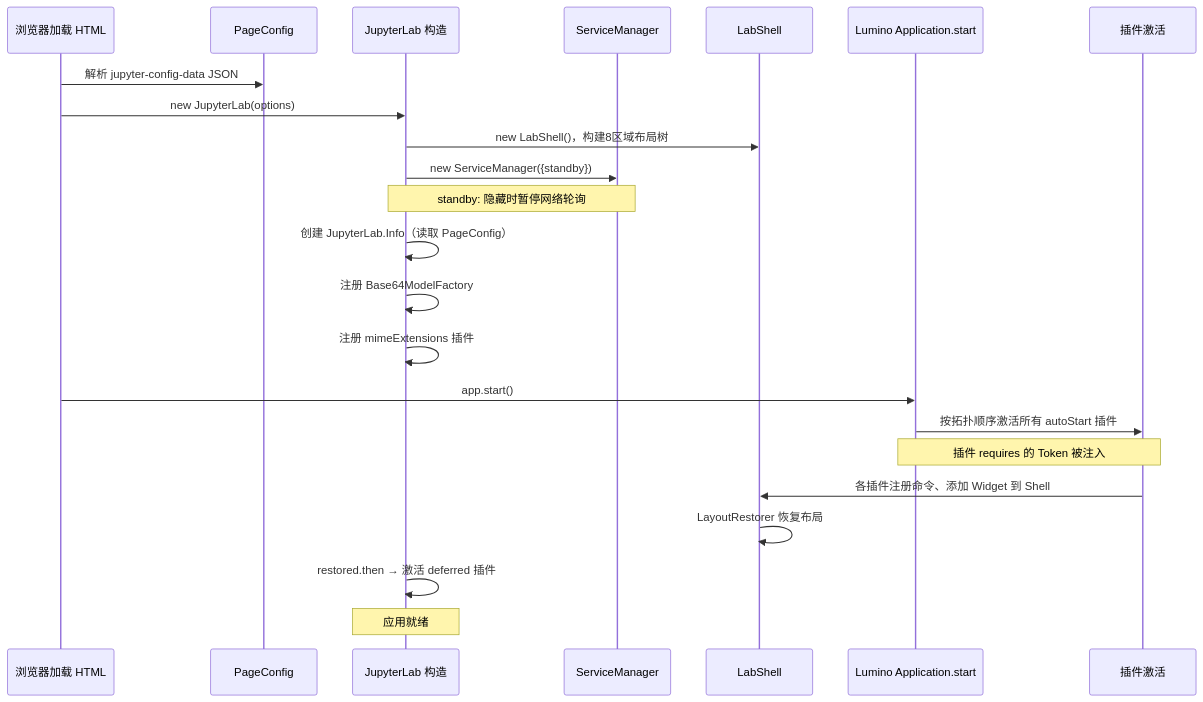
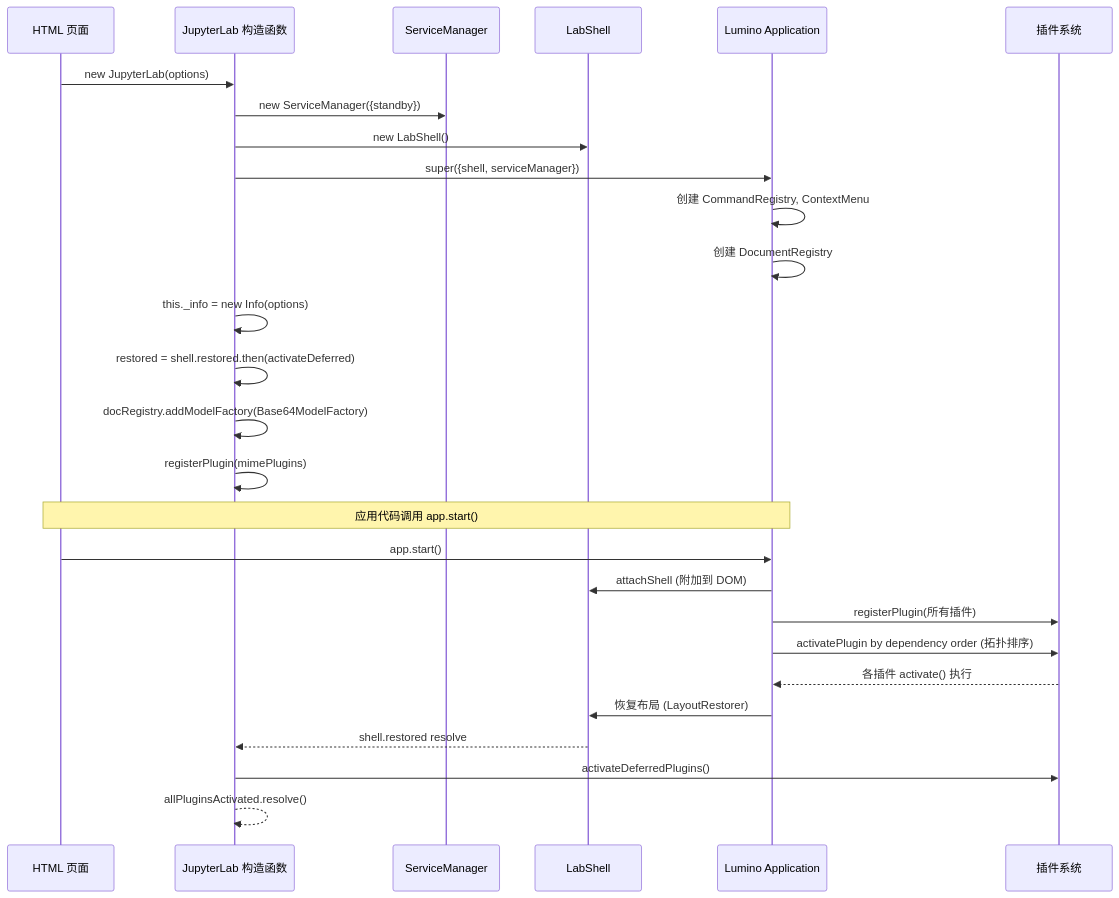
The diagram in bundles/jupyter/jupyterlab/concepts/02-application-shell.md (awesome-flexloop/awesome-okf), drawn with Mermaid before and after one commit. The commit also changed other lines of this file and 815 other files, not shown here.

````diff
--- a/bundles/jupyter/jupyterlab/concepts/02-application-shell.md
+++ b/bundles/jupyter/jupyterlab/concepts/02-application-shell.md
@@ -187,26 +211,31 @@
 ```mermaid
 sequenceDiagram
-    participant HTML as 浏览器加载 HTML
-    participant PC as PageConfig
-    participant JL as JupyterLab 构造
+    participant HTML as HTML 页面
+    participant JL as JupyterLab 构造函数
     participant SM as ServiceManager
-    participant SH as LabShell
-    participant APP as Lumino Application.start
-    participant PLG as 插件激活
+    participant LS as LabShell
+    participant App as Lumino Application
+    participant Plugins as 插件系统
 
-    HTML->>PC: 解析 jupyter-config-data JSON
     HTML->>JL: new JupyterLab(options)
-    JL->>SH: new LabShell()，构建8区域布局树
     JL->>SM: new ServiceManager({standby})
-    Note over JL,SM: standby: 隐藏时暂停网络轮询
-    JL->>JL: 创建 JupyterLab.Info（读取 PageConfig）
-    JL->>JL: 注册 Base64ModelFactory
-    JL->>JL: 注册 mimeExtensions 插件
-    HTML->>APP: app.start()
-    APP->>PLG: 按拓扑顺序激活所有 autoStart 插件
-    Note over APP,PLG: 插件 requires 的 Token 被注入
-    PLG->>SH: 各插件注册命令、添加 Widget 到 Shell
-    SH->>SH: LayoutRestorer 恢复布局
-    JL->>JL: restored.then → 激活 deferred 插件
-    Note over JL: 应用就绪
+    JL->>LS: new LabShell()
+    JL->>App: super({shell, serviceManager})
+    App->>App: 创建 CommandRegistry, ContextMenu
+    App->>App: 创建 DocumentRegistry
+    JL->>JL: this._info = new Info(options)
+    JL->>JL: restored = shell.restored.then(activateDeferred)
+    JL->>JL: docRegistry.addModelFactory(Base64ModelFactory)
+    JL->>JL: registerPlugin(mimePlugins)
+
+    Note over HTML,App: 应用代码调用 app.start()
+    HTML->>App: app.start()
+    App->>LS: attachShell (附加到 DOM)
+    App->>Plugins: registerPlugin(所有插件)
+    App->>Plugins: activatePlugin by dependency order (拓扑排序)
+    Plugins-->>App: 各插件 activate() 执行
+    App->>LS: 恢复布局 (LayoutRestorer)
+    LS-->>JL: shell.restored resolve
+    JL->>Plugins: activateDeferredPlugins()
+    JL-->>JL: allPluginsActivated.resolve()
 ```
````
